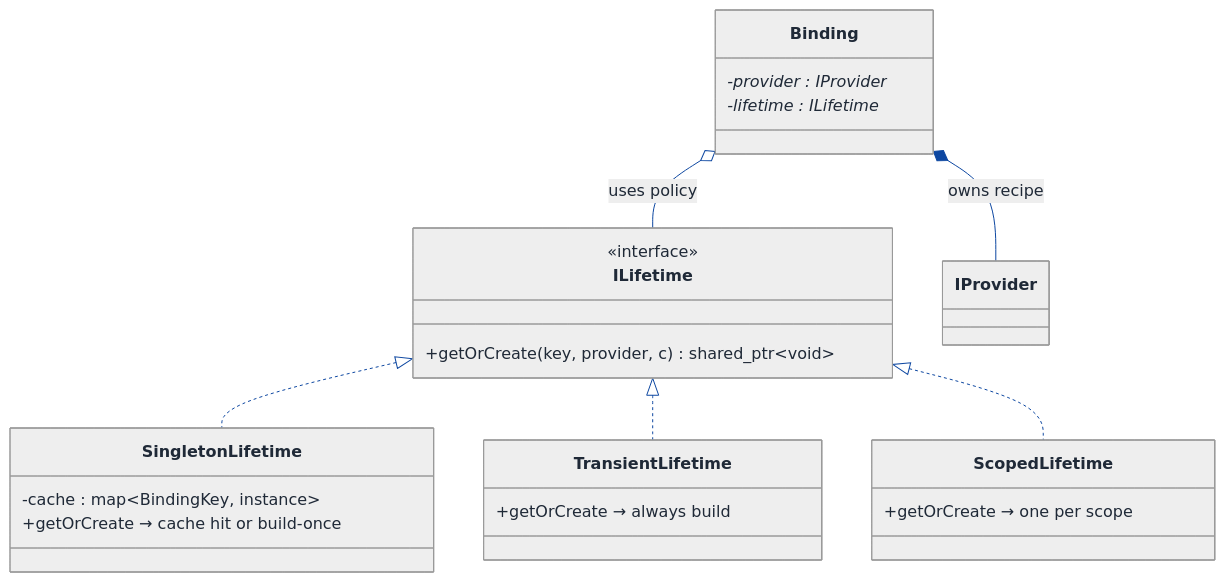
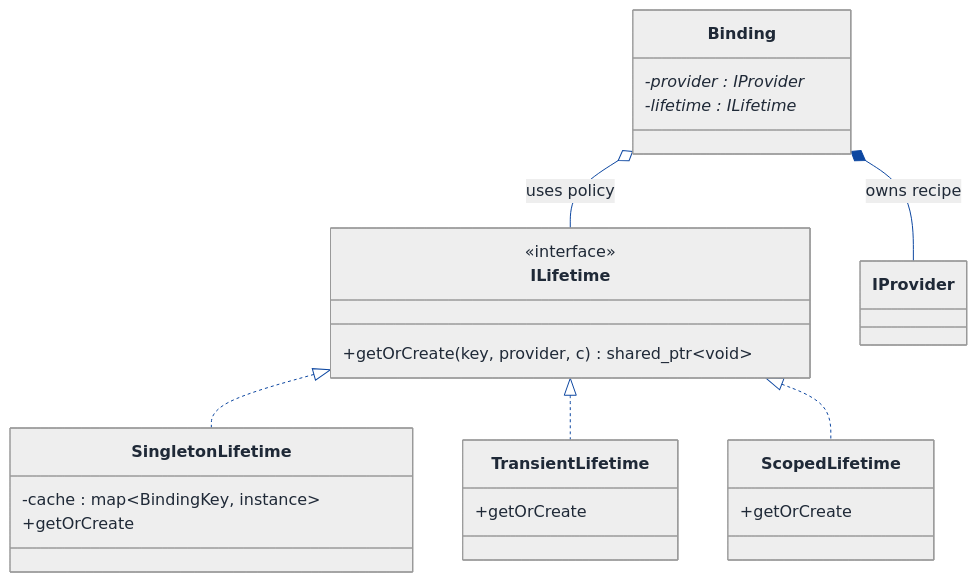
The third of 9 diagrams in LLD/Topics/Dependency_Injection/DI_Container.md (Prateek-5/question-bank), drawn with Mermaid before and after one commit. The commit also changed other lines of this file and 61 other files, not shown here.

First line of the commit message:
Fix invalid mermaid classDiagram member syntax across LLD walkthroughs

````diff
--- a/LLD/Topics/Dependency_Injection/DI_Container.md
+++ b/LLD/Topics/Dependency_Injection/DI_Container.md
@@ -550,59 +550,59 @@
 ```mermaid
 ---
 config:
   theme: neutral
   themeVariables:
     background: '#ffffff'
     primaryColor: '#cfe2ff'
     primaryTextColor: '#1f2937'
     primaryBorderColor: '#084298'
     secondaryColor: '#fff3cd'
     secondaryTextColor: '#1f2937'
     secondaryBorderColor: '#664d03'
     tertiaryColor: '#d1e7dd'
     tertiaryTextColor: '#1f2937'
     tertiaryBorderColor: '#0a3622'
     lineColor: '#0d47a1'
     textColor: '#1f2937'
     noteBkgColor: '#fff3cd'
     noteTextColor: '#1f2937'
     noteBorderColor: '#997404'
     actorBkg: '#cfe2ff'
     actorBorder: '#084298'
     actorTextColor: '#1f2937'
     signalColor: '#0d47a1'
     signalTextColor: '#1f2937'
     labelBoxBkgColor: '#ffffff'
     labelBoxBorderColor: '#d3d3d3'
     labelTextColor: '#1f2937'
     edgeLabelBackground: '#ffffff'
     labelBackground: '#ffffff'
     classText: '#1f2937'
     fontFamily: 'system-ui, -apple-system, Segoe UI, Helvetica, Arial, sans-serif'
 ---
 classDiagram
   direction TB
   class Binding {
     -provider : IProvider*
     -lifetime : ILifetime*
   }
   class ILifetime {
     <<interface>>
     +getOrCreate(key, provider, c) shared_ptr~void~
   }
   class SingletonLifetime {
     -cache : map~BindingKey, instance~
-    +getOrCreate → cache hit or build-once
+    +getOrCreate
   }
   class TransientLifetime {
-    +getOrCreate → always build
+    +getOrCreate
   }
   class ScopedLifetime {
-    +getOrCreate → one per scope
+    +getOrCreate
   }
   Binding *-- IProvider : owns recipe
   Binding o-- ILifetime : uses policy
   ILifetime <|.. SingletonLifetime
   ILifetime <|.. TransientLifetime
   ILifetime <|.. ScopedLifetime
 ```
````
